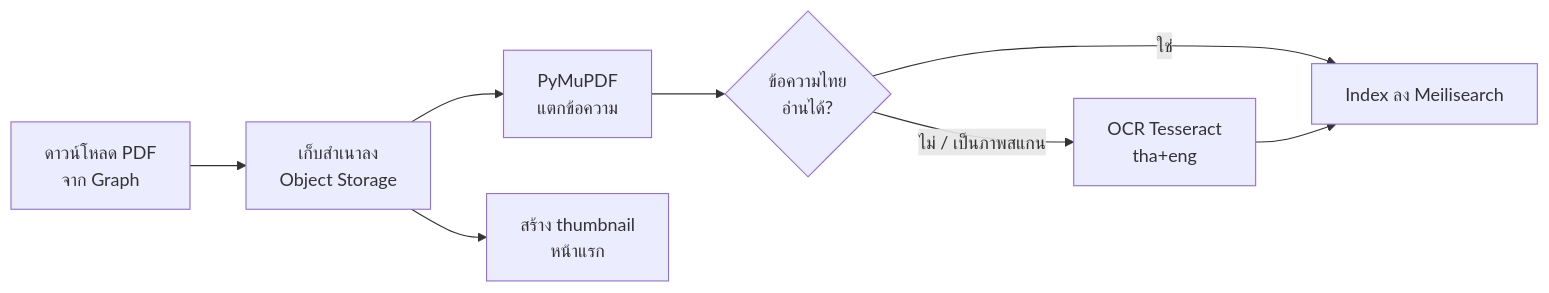
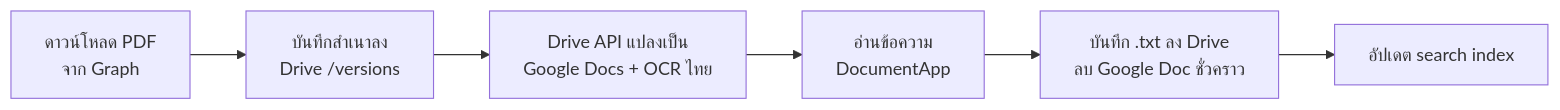
Before and after one commit to Hanabishi-Daihen/Document_Schematic: the third of 3 diagrams in docs/SYSTEM_DESIGN.md, drawn with Mermaid. The commit also changed other lines of this file and 1 other file, not shown here.

First line of the commit message:
Redesign system on free stack: Google Apps Script, Sheets, and Drive

````diff
--- a/docs/SYSTEM_DESIGN.md
+++ b/docs/SYSTEM_DESIGN.md
@@ -192,10 +219,8 @@
 ```mermaid
 flowchart LR
-    A[ดาวน์โหลด PDF<br/>จาก Graph] --> B[เก็บสำเนาลง<br/>Object Storage]
-    B --> C[PyMuPDF<br/>แตกข้อความ]
-    C --> D{ข้อความไทย<br/>อ่านได้?}
-    D -->|ใช่| F[Index ลง Meilisearch]
-    D -->|ไม่ / เป็นภาพสแกน| E[OCR Tesseract<br/>tha+eng]
-    E --> F
-    B --> G[สร้าง thumbnail<br/>หน้าแรก]
+    A[ดาวน์โหลด PDF<br/>จาก Graph] --> B[บันทึกสำเนาลง<br/>Drive /versions]
+    B --> C[Drive API แปลงเป็น<br/>Google Docs + OCR ไทย]
+    C --> D[อ่านข้อความ<br/>DocumentApp]
+    D --> E[บันทึก .txt ลง Drive<br/>ลบ Google Doc ชั่วคราว]
+    E --> F[อัปเดต search index]
 ```
````
